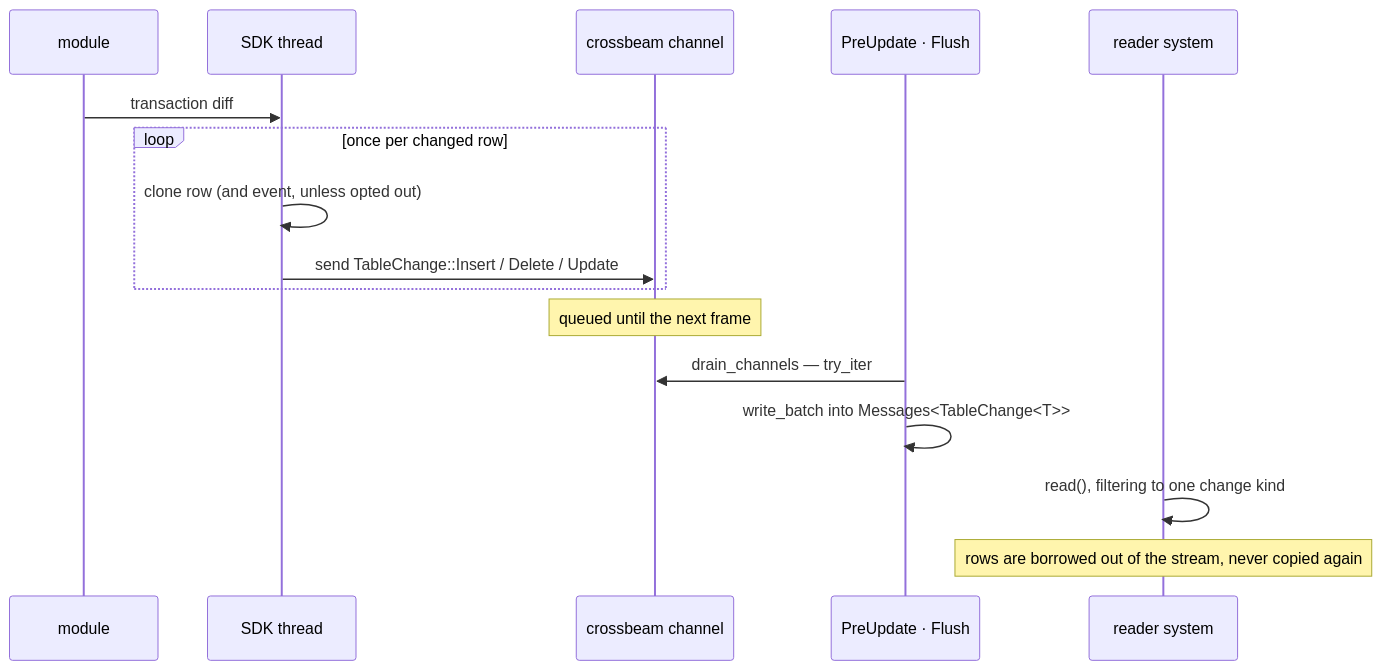
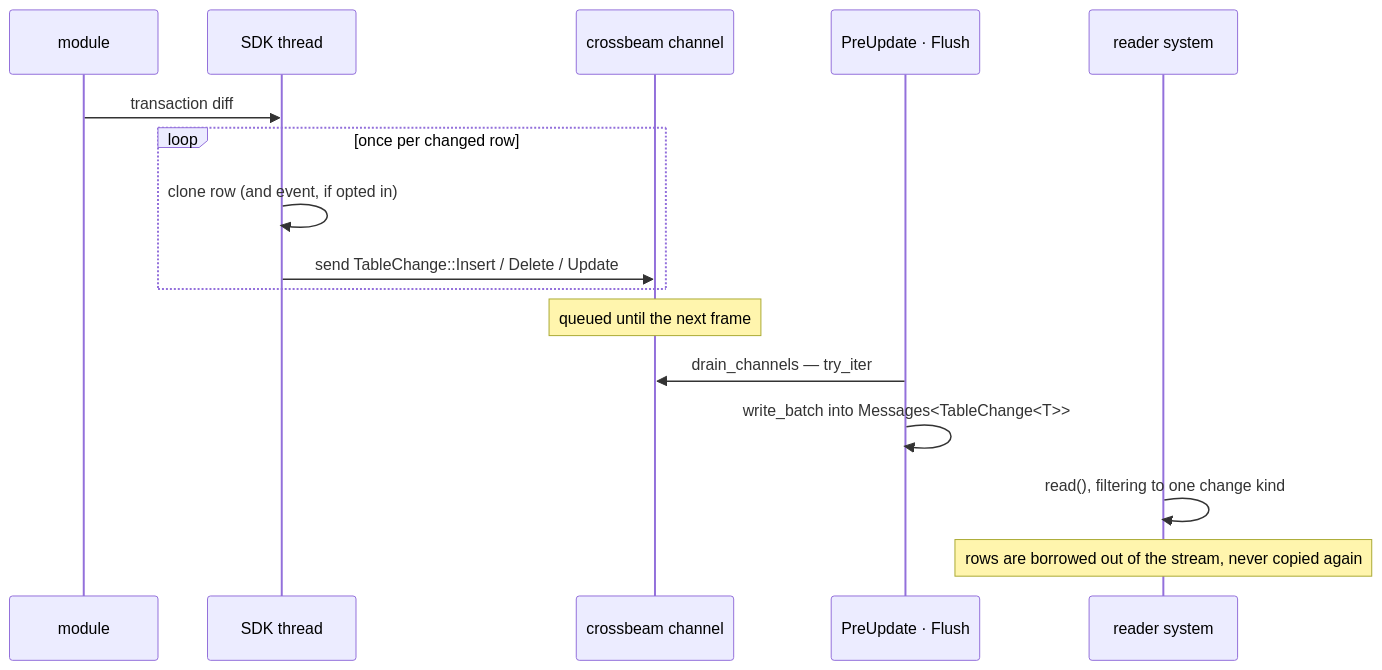
The second of 7 diagrams in docs/architecture.md (onx2/bevy_stdb), drawn with Mermaid before and after one commit. The commit also changed 12 other files, not shown here.

First line of the commit message:
Carry the row event only for row types that opt in

````diff
--- a/docs/architecture.md
+++ b/docs/architecture.md
@@ -51,20 +51,20 @@
 ```mermaid
 sequenceDiagram
     participant M as module
     participant S as SDK thread
     participant C as crossbeam channel
     participant F as PreUpdate · Flush
     participant R as reader system
 
     M->>S: transaction diff
     loop once per changed row
-        S->>S: clone row (and event, unless opted out)
+        S->>S: clone row (and event, if opted in)
         S->>C: send TableChange::Insert / Delete / Update
     end
     Note over C: queued until the next frame
 
     F->>C: drain_channels — try_iter
     F->>F: write_batch into Messages<TableChange<T>>
     R->>R: read(), filtering to one change kind
     Note over R: rows are borrowed out of the stream, never copied again
 ```
````
